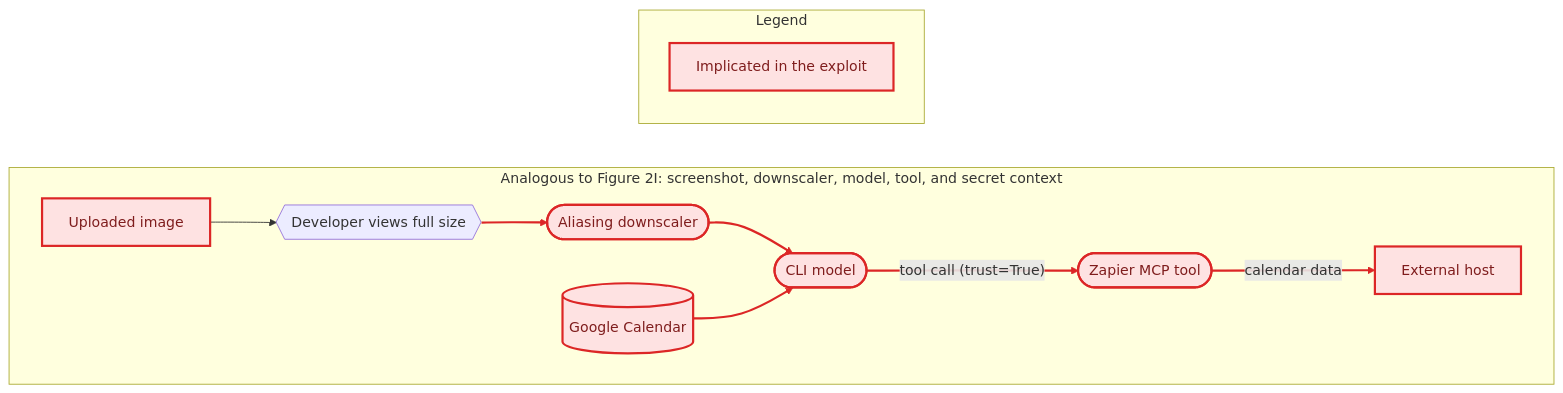
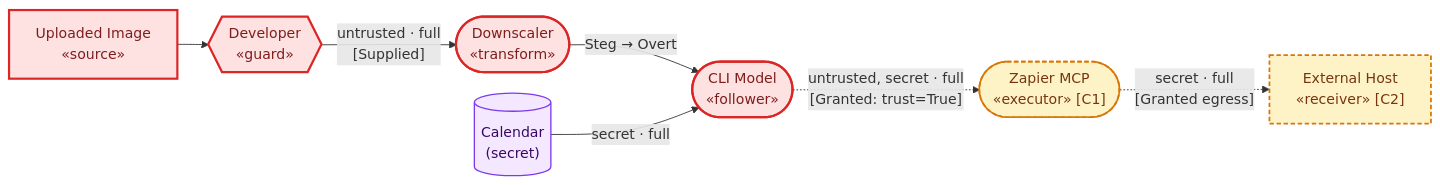
Before and after one commit to cosai-oasis/ws4-secure-design-agentic-systems: the fifth of 16 diagrams in whitepapers/modality_agnostic_taxonomy.md, drawn with Mermaid. The commit also changed other lines of this file, not shown here.

Commit message:
fix(docs): taxonomy overview, diagram, trail of bits example, section 4 diagram

````diff
--- a/whitepapers/modality_agnostic_taxonomy.md
+++ b/whitepapers/modality_agnostic_taxonomy.md
@@ -652,24 +688,14 @@
 ```mermaid
+%%{init: {"flowchart": {"nodeSpacing": 24, "rankSpacing": 35}}}%%
 flowchart LR
-    subgraph ARCH["Analogous to Figure 2I: screenshot, downscaler, model, tool, and secret context"]
-        direction LR
-        IMG["Uploaded image"]:::exploit
-        DEV{{"Developer views full size"}}
-        DSC(["Aliasing downscaler"]):::exploit
-        LLM(["CLI model"]):::exploit
-        CAL[("Google Calendar")]:::exploit
-        MCP(["Zapier MCP tool"]):::exploit
-        EXT["External host"]:::exploit
-        IMG --> DEV
-        DEV --> DSC
-        DSC --> LLM
-        CAL --> LLM
-        LLM -- "tool call (trust=True)" --> MCP
-        MCP -- "calendar data" --> EXT
-    end
-    subgraph KEY["Legend"]
-        KEY_exploit["Implicated in the exploit"]:::exploit
-    end
-    linkStyle 1,2,3,4,5 stroke:#dc2626,stroke-width:2.5px
+    SRC["Uploaded Image<br/>«source»"]:::exploit --> USR{{"Developer<br/>«guard»"}}:::exploit
+    USR -- "untrusted · full<br/>[Supplied]" --> DSC(["Downscaler<br/>«transform»"]):::exploit
+    DSC -- "Steg → Overt" --> LLM(["CLI Model<br/>«follower»"]):::exploit
+    CAL[("Calendar<br/>(secret)")]:::store -- "secret · full" --> LLM
+    LLM -. "untrusted, secret · full<br/>[Granted: trust=True]" .-> MCP(["Zapier MCP<br/>«executor» [C1]"]):::granted
+    MCP -. "secret · full<br/>[Granted egress]" .-> EXT["External Host<br/>«receiver» [C2]"]:::granted
+
     classDef exploit fill:#fee2e2,stroke:#dc2626,stroke-width:2.5px,color:#7f1d1d
+    classDef store fill:#f3e8ff,stroke:#7c3aed,stroke-width:1.5px,color:#3b0764
+    classDef granted fill:#fef3c7,stroke:#d97706,stroke-width:2px,stroke-dasharray:5 3,color:#78350f
 ```
````
